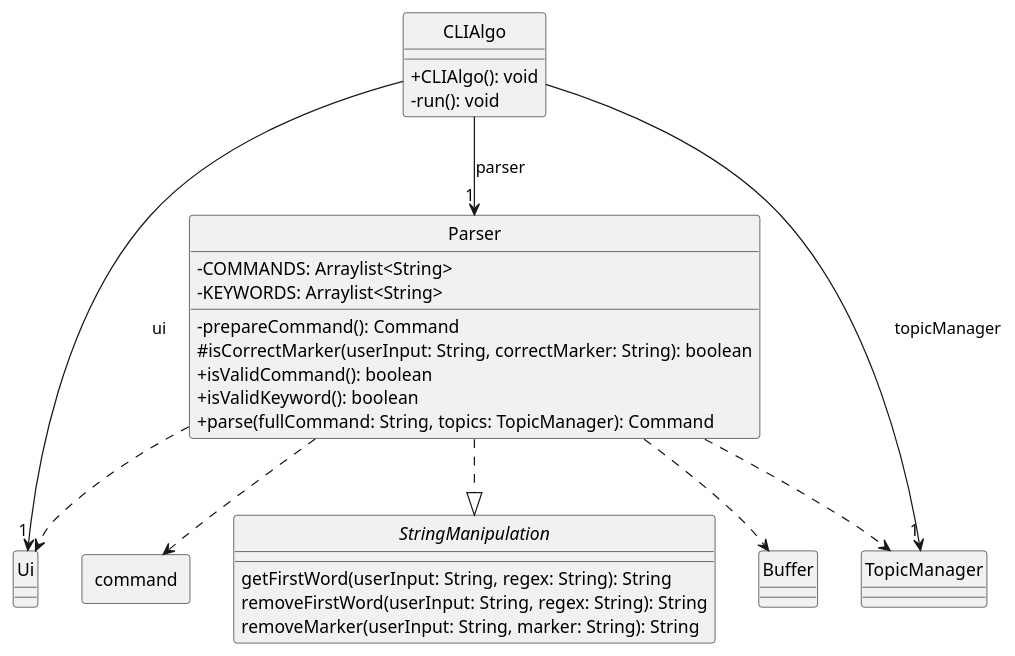
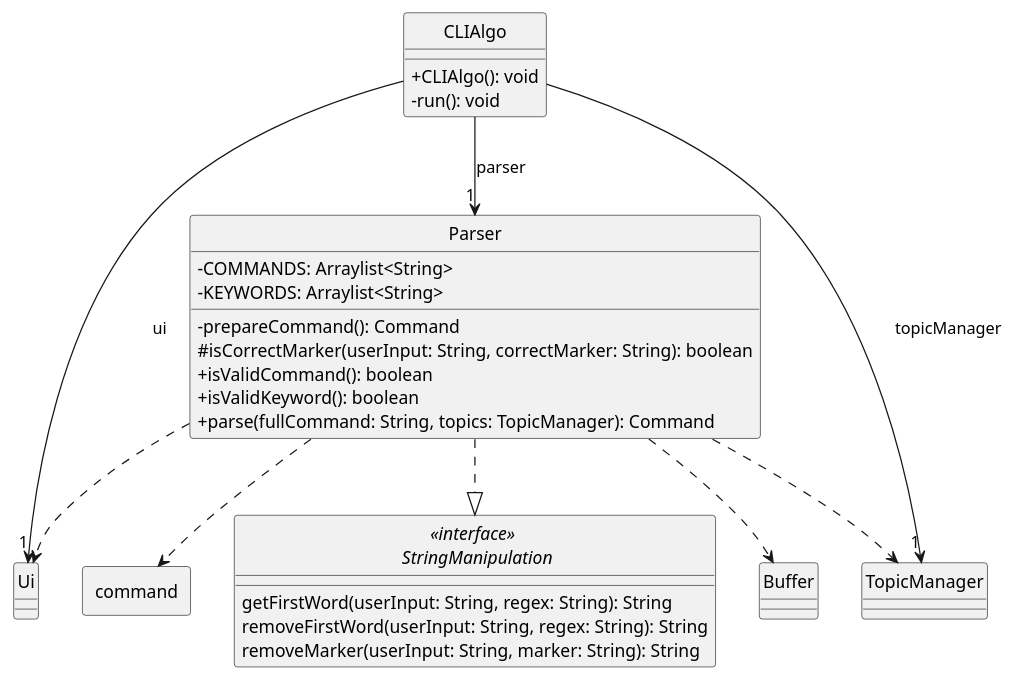
Before and after one commit to ong-ck/tp: the diagram in docs/class-diagrams/source-files/ParserClass.puml, drawn with PlantUML. The commit also changed 2 other files, not shown here.

Commit message:
Update Parser class diagram in DG

```diff
--- a/docs/class-diagrams/source-files/ParserClass.puml
+++ b/docs/class-diagrams/source-files/ParserClass.puml
@@ -1,48 +1,49 @@
 @startuml
 skinparam classAttributeIconSize 0
 hide circle
+
+class "<<interface>> \n StringManipulation" as StringManipulation
+
 class Parser {
 -COMMANDS: Arraylist<String>
 -KEYWORDS: Arraylist<String>
 
 -prepareCommand(): Command
 #isCorrectMarker(userInput: String, correctMarker: String): boolean
 +isValidCommand(): boolean
 +isValidKeyword(): boolean
 +parse(fullCommand: String, topics: TopicManager): Command
 }
 
 interface StringManipulation {
 getFirstWord(userInput: String, regex: String): String
 removeFirstWord(userInput: String, regex: String): String
 removeMarker(userInput: String, marker: String): String
 }
 
 class Ui {
 }
 
 class TopicManager {
 }
 
 class Buffer {
 }
 
 class CLIAlgo {
 +CLIAlgo(): void
 -run(): void
 }
 
 package command <<rectangle>>{
 }
 
 CLIAlgo --> "1" Ui : ui
 CLIAlgo --> "1" TopicManager : topicManager
 CLIAlgo --> "1" Parser : parser
 Parser ..|> StringManipulation
 Parser ..> Ui
 Parser ..> TopicManager
 Parser ..> command
 Parser ..> Buffer
-
-
 @enduml
```
